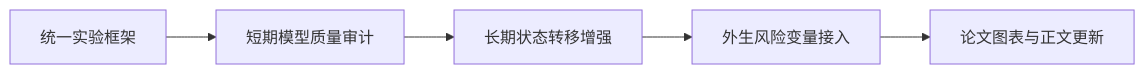
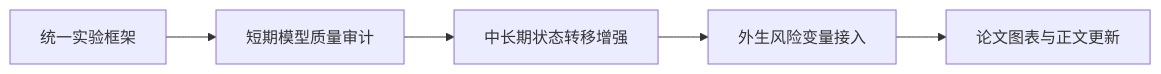
One commit to Timcai06/-A- changed the third of 3 diagrams in docs/06_模型质量提升与技术实现计划.md. Above: the diagram before and after it, drawn with Mermaid. The commit also changed other lines of this file and 22 other files, not shown here.

````diff
--- a/docs/06_模型质量提升与技术实现计划.md
+++ b/docs/06_模型质量提升与技术实现计划.md
@@ -209,7 +209,7 @@
 ```mermaid
 flowchart LR
     A[统一实验框架] --> B[短期模型质量审计]
-    B --> C[长期状态转移增强]
+    B --> C[中长期状态转移增强]
     C --> D[外生风险变量接入]
     D --> E[论文图表与正文更新]
 ```
````
